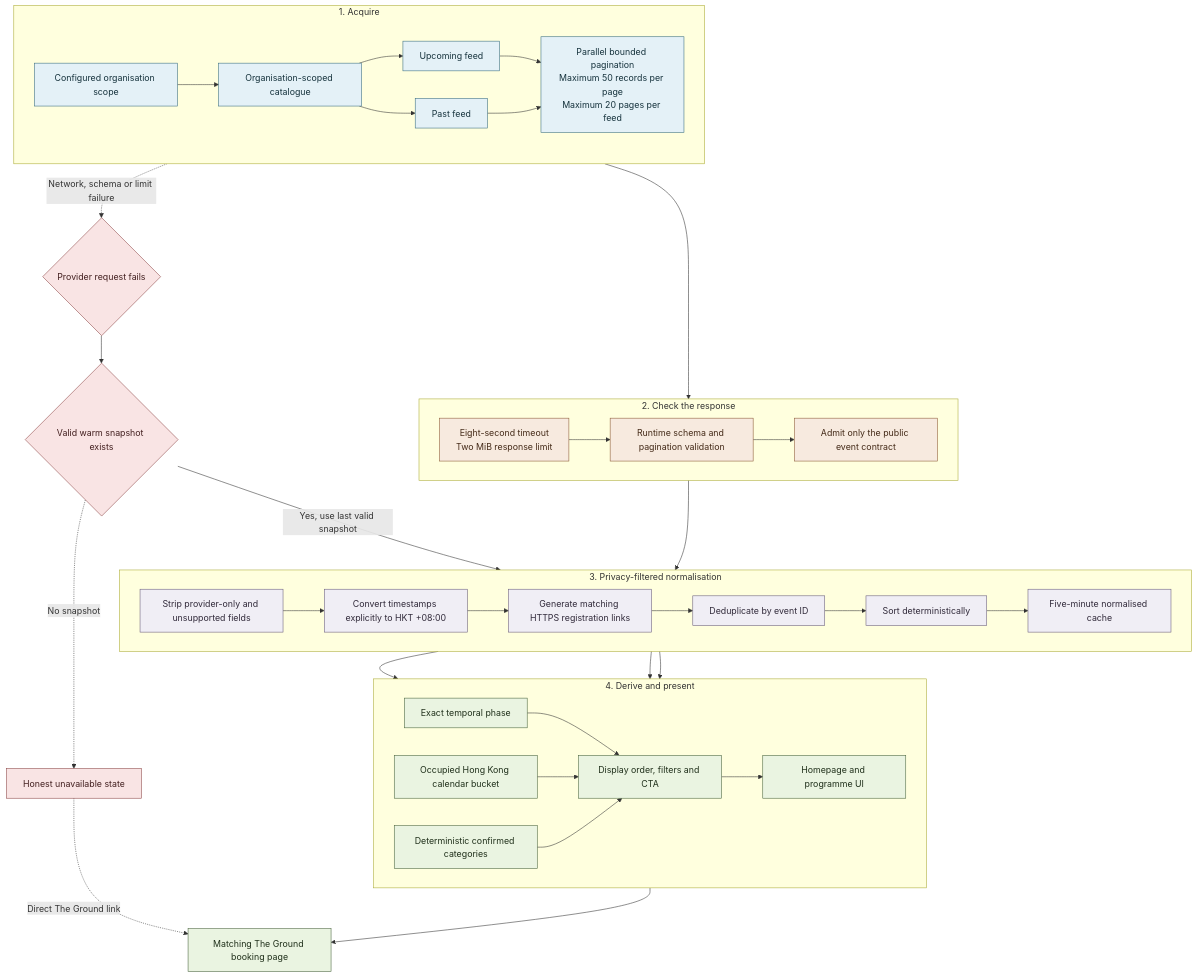
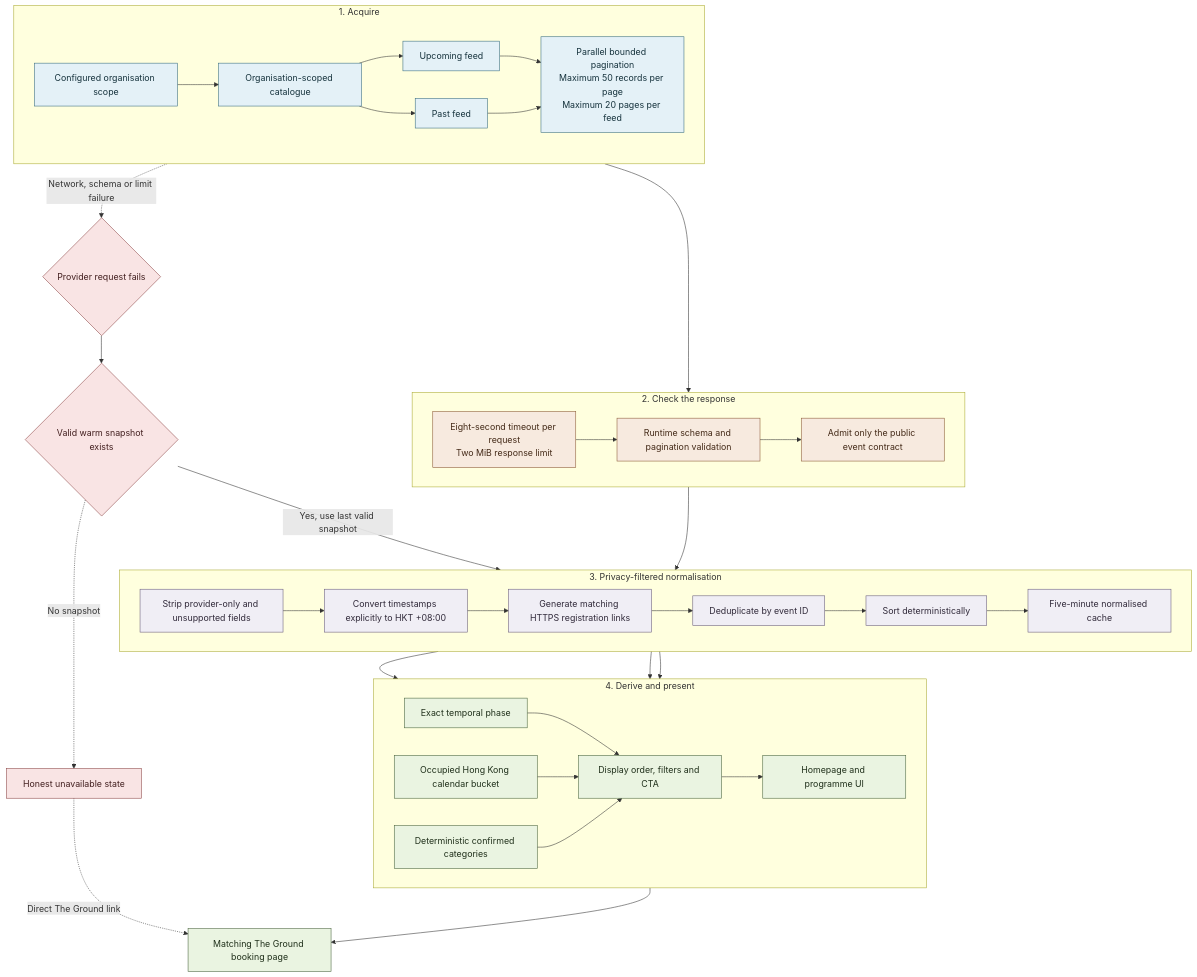
One commit to jackyngtf/wellness-village-event-platform changed the diagram in docs/diagrams/the-ground-event-interface.mmd. Above: the diagram before and after it, drawn with Mermaid. The commit also changed 147 other files, not shown here.

```diff
--- a/docs/diagrams/the-ground-event-interface.mmd
+++ b/docs/diagrams/the-ground-event-interface.mmd
@@ -1,81 +1,81 @@
 flowchart TB
     subgraph ACQUIRE[1. Acquire]
         direction LR
         CONFIG[Configured organisation scope]
         CATALOGUE[Organisation-scoped catalogue]
         UPCOMING[Upcoming feed]
         PAST[Past feed]
         PAGINATION[Parallel bounded pagination<br/>Maximum 50 records per page<br/>Maximum 20 pages per feed]
     end
 
     subgraph TRUST[2. Check the response]
         direction LR
-        LIMITS[Eight-second timeout<br/>Two MiB response limit]
+        LIMITS[Eight-second timeout per request<br/>Two MiB response limit]
         SCHEMA[Runtime schema and pagination validation]
         PUBLIC_CONTRACT[Admit only the public event contract]
     end
 
     subgraph NORMALISE[3. Privacy-filtered normalisation]
         direction LR
         FILTER[Strip provider-only and unsupported fields]
         HKT[Convert timestamps explicitly to HKT +08:00]
         LINKS[Generate matching HTTPS registration links]
         DEDUP[Deduplicate by event ID]
         SORT[Sort deterministically]
         CACHE[Five-minute normalised cache]
     end
 
     subgraph DERIVE[4. Derive and present]
         direction LR
         PHASE[Exact temporal phase]
         CALENDAR[Occupied Hong Kong calendar bucket]
         CATEGORIES[Deterministic confirmed categories]
         DISPLAY[Display order, filters and CTA]
         UI[Homepage and programme UI]
     end
 
     FALLBACK{Provider request fails}
     WARM{Valid warm snapshot exists}
     COLD[Honest unavailable state]
     BOOKING[Matching The Ground booking page]
 
     CONFIG --> CATALOGUE
     CATALOGUE --> UPCOMING
     CATALOGUE --> PAST
     UPCOMING --> PAGINATION
     PAST --> PAGINATION
     PAGINATION --> LIMITS
     LIMITS --> SCHEMA
     SCHEMA --> PUBLIC_CONTRACT
     PUBLIC_CONTRACT --> FILTER
     FILTER --> HKT
     HKT --> LINKS
     LINKS --> DEDUP
     DEDUP --> SORT
     SORT --> CACHE
 
     CACHE --> PHASE
     CACHE --> CALENDAR
     CACHE --> CATEGORIES
     PHASE --> DISPLAY
     CALENDAR --> DISPLAY
     CATEGORIES --> DISPLAY
     DISPLAY --> UI
     UI --> BOOKING
 
     PAGINATION -.->|Network, schema or limit failure| FALLBACK
     FALLBACK --> WARM
     WARM -->|Yes, use last valid snapshot| CACHE
     WARM -.->|No snapshot| COLD
     COLD -.->|Direct The Ground link| BOOKING
 
     classDef acquire fill:#e4f1f7,stroke:#356a7d,color:#16333d
     classDef trust fill:#f7eadf,stroke:#8a5834,color:#442a18
     classDef normalise fill:#f0eef5,stroke:#675b79,color:#312a3a
     classDef derive fill:#eaf4e1,stroke:#48633c,color:#20301b
     classDef failure fill:#f9e4e4,stroke:#8b4545,color:#421f1f
     class CONFIG,CATALOGUE,UPCOMING,PAST,PAGINATION acquire
     class LIMITS,SCHEMA,PUBLIC_CONTRACT trust
     class FILTER,HKT,LINKS,DEDUP,SORT,CACHE normalise
     class PHASE,CALENDAR,CATEGORIES,DISPLAY,UI,BOOKING derive
     class FALLBACK,WARM,COLD failure
```
